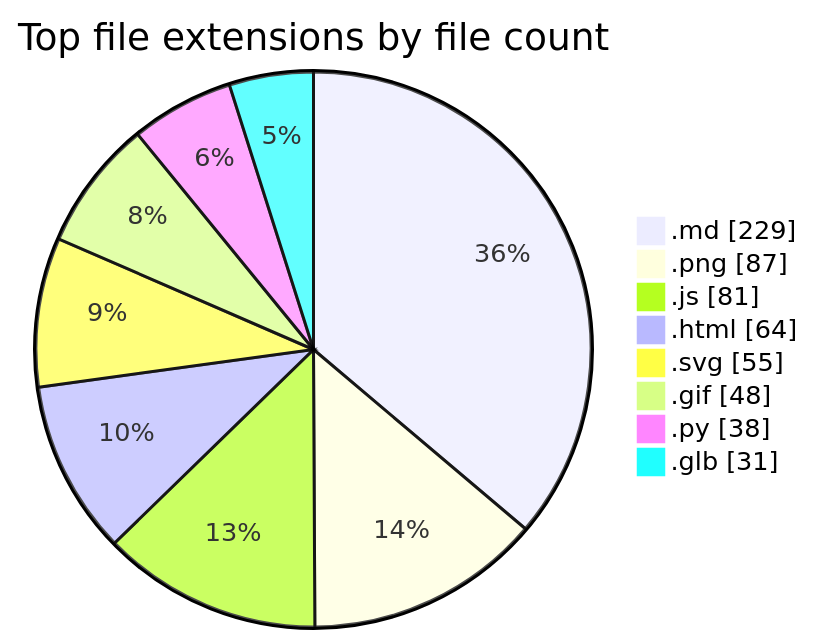
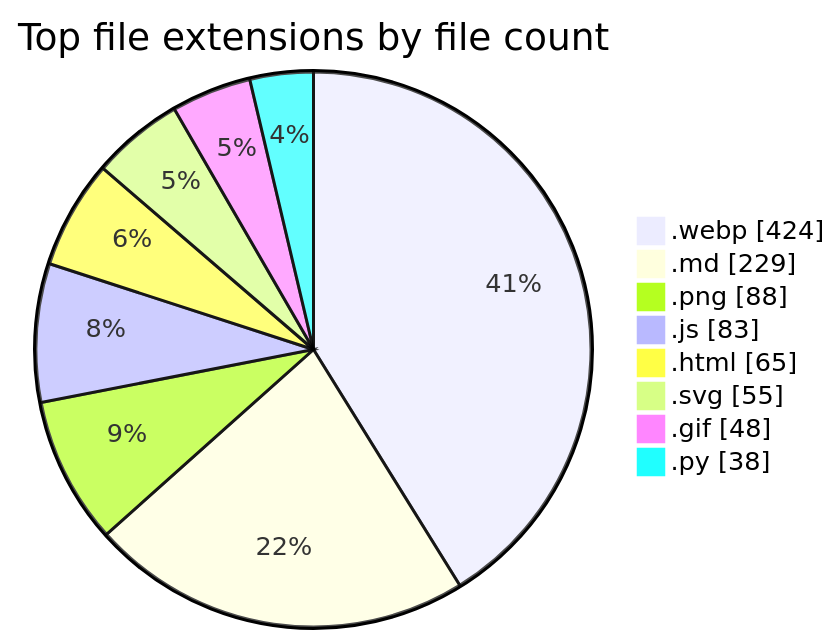
One commit to tchinso/tchinso changed the second of 2 diagrams in README.md. Above: the diagram before and after it, drawn with Mermaid. The commit also changed other lines of this file, not shown here.

````diff
--- a/README.md
+++ b/README.md
@@ -53,12 +53,12 @@
 ```mermaid
 pie showData
     title Top file extensions by file count
+    ".webp" : 424
     ".md" : 229
-    ".png" : 87
-    ".js" : 81
-    ".html" : 64
+    ".png" : 88
+    ".js" : 83
+    ".html" : 65
     ".svg" : 55
     ".gif" : 48
     ".py" : 38
-    ".glb" : 31
 ```
````
